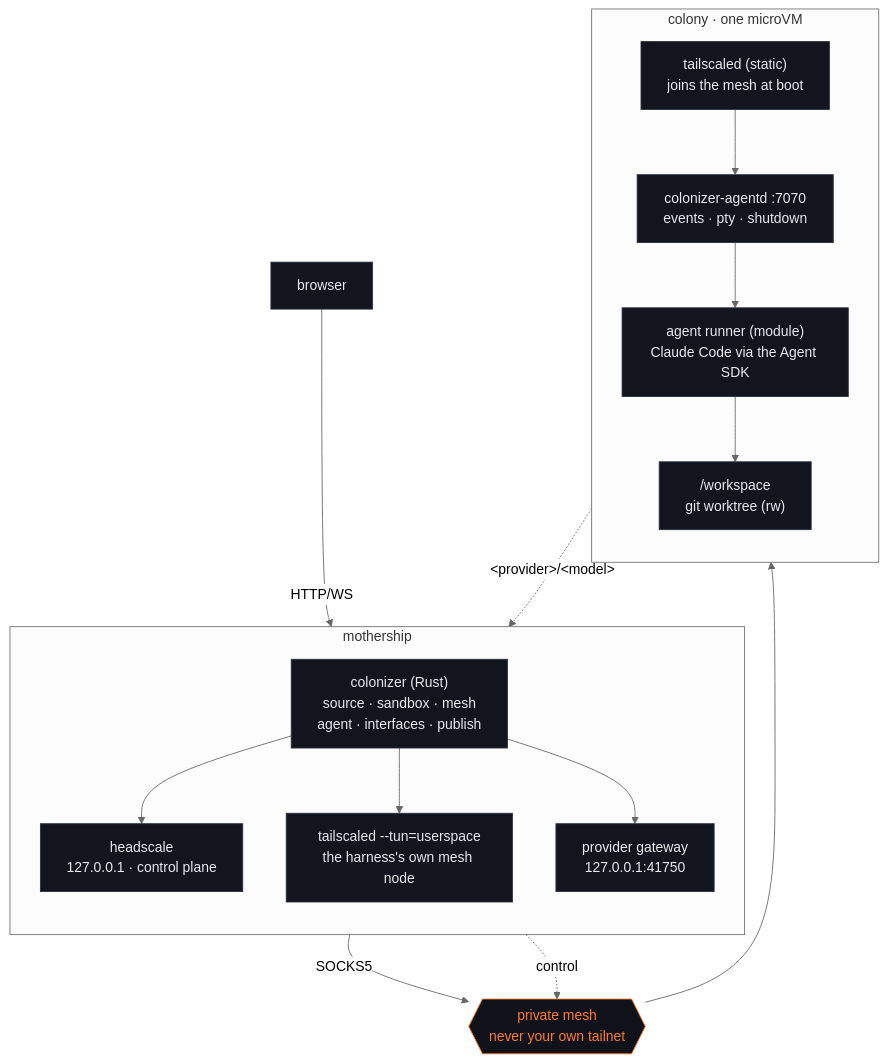
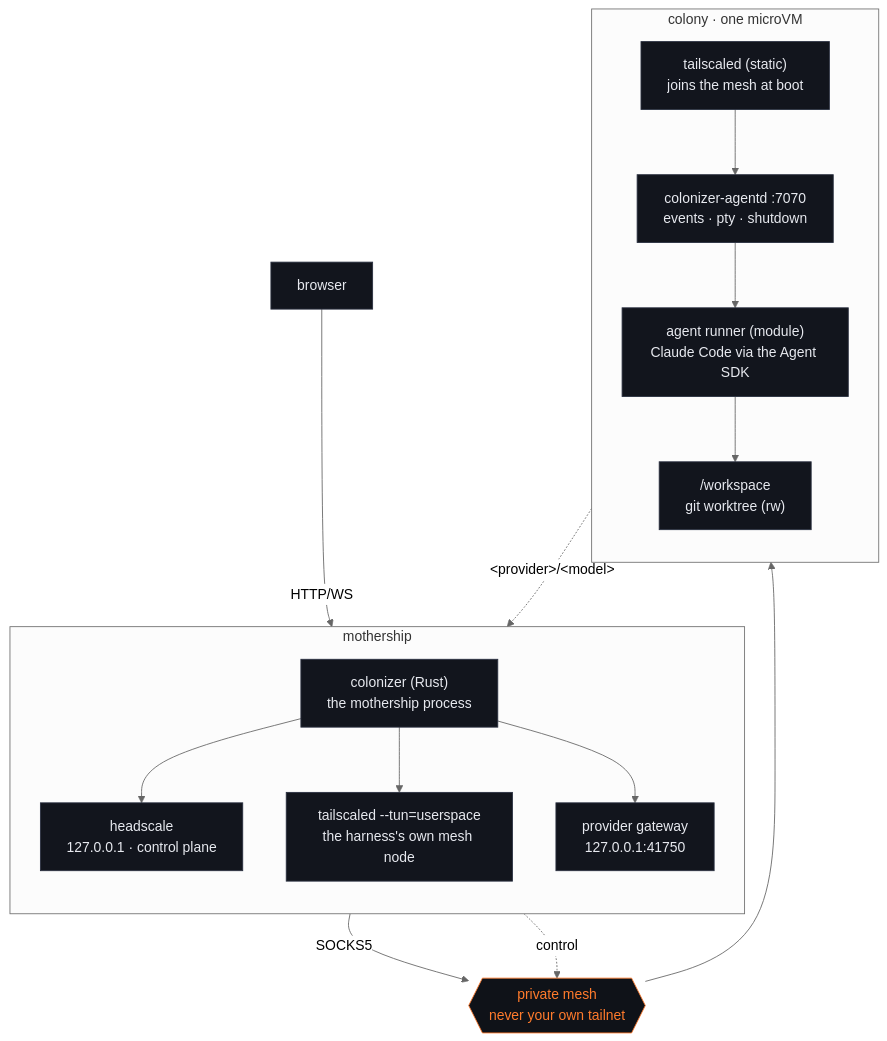
Before and after one commit to Colonizer-dev/harness: the first of 2 diagrams in docs/architecture.md, drawn with Mermaid (neutral theme).

Commit message:
Let the mothership node fit its box
Six module kinds on two lines wrapped to five inside the node and the last one
was clipped. They are listed in full in the Modules table directly below, so the
node does not need to repeat them.

````diff
--- a/docs/architecture.md
+++ b/docs/architecture.md
@@ -7,39 +7,39 @@
 ```mermaid
 flowchart TB
   browser["browser"]
 
   subgraph mothership["mothership"]
     direction TB
-    host["colonizer (Rust)<br/>source · sandbox · mesh<br/>agent · interfaces · publish"]
+    host["colonizer (Rust)<br/>the mothership process"]
     hs["headscale<br/>127.0.0.1 · control plane"]
     ts["tailscaled --tun=userspace<br/>the harness's own mesh node"]
     gw["provider gateway<br/>127.0.0.1:41750"]
   end
 
   mesh{{"private mesh<br/>never your own tailnet"}}
 
   subgraph colony["colony · one microVM"]
     direction TB
     vmts["tailscaled (static)<br/>joins the mesh at boot"]
     agentd["colonizer-agentd :7070<br/>events · pty · shutdown"]
     runner["agent runner (module)<br/>Claude Code via the Agent SDK"]
     ws["/workspace<br/>git worktree (rw)"]
   end
 
   browser -->|HTTP/WS| host
   host --> hs
   host --> ts
   host --> gw
   ts -->|SOCKS5| mesh
   hs -.->|control| mesh
   mesh --> vmts
   vmts --> agentd
   agentd --> runner
   runner --> ws
   runner -.->|"&lt;provider&gt;/&lt;model&gt;"| gw
 
   classDef box fill:#12151d,stroke:#2a3040,color:#e7e9ef
   classDef edge fill:#0f1218,stroke:#ff7b2c,color:#ff7b2c
   class browser,host,hs,ts,gw,vmts,agentd,runner,ws box
   class mesh edge
 ```
````
